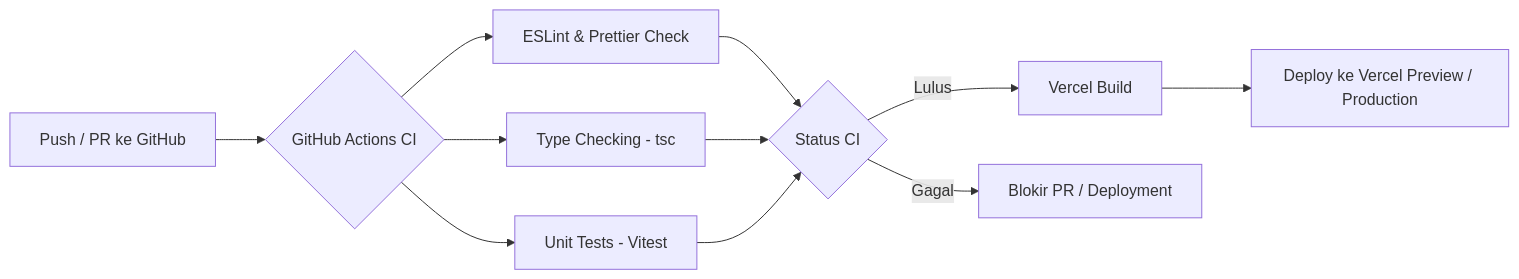
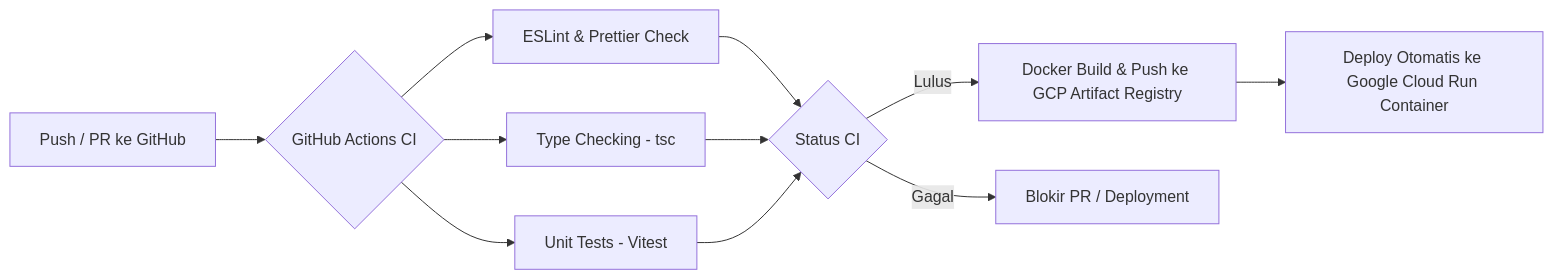
Before and after one commit to kazanaruishere-max/SafeWallet: the eighth of 16 diagrams in README.md, drawn with Mermaid. The commit also changed other lines of this file, not shown here.

Commit message:
docs: expand README.md with detailed high-level architecture and comprehensive Mermaid workflows for all 6 features

````diff
--- a/README.md
+++ b/README.md
@@ -185,13 +240,13 @@
 ```mermaid
 flowchart LR
     A[Push / PR ke GitHub] --> B{GitHub Actions CI}
     B --> C[ESLint & Prettier Check]
     B --> D[Type Checking - tsc]
     B --> E[Unit Tests - Vitest]
     C --> F{Status CI}
     D --> F
     E --> F
-    F -- Lulus --> G[Vercel Build]
+    F -- Lulus --> G[Docker Build & Push ke GCP Artifact Registry]
     F -- Gagal --> H[Blokir PR / Deployment]
-    G --> I[Deploy ke Vercel Preview / Production]
+    G --> I[Deploy Otomatis ke Google Cloud Run Container]
 ```
````
